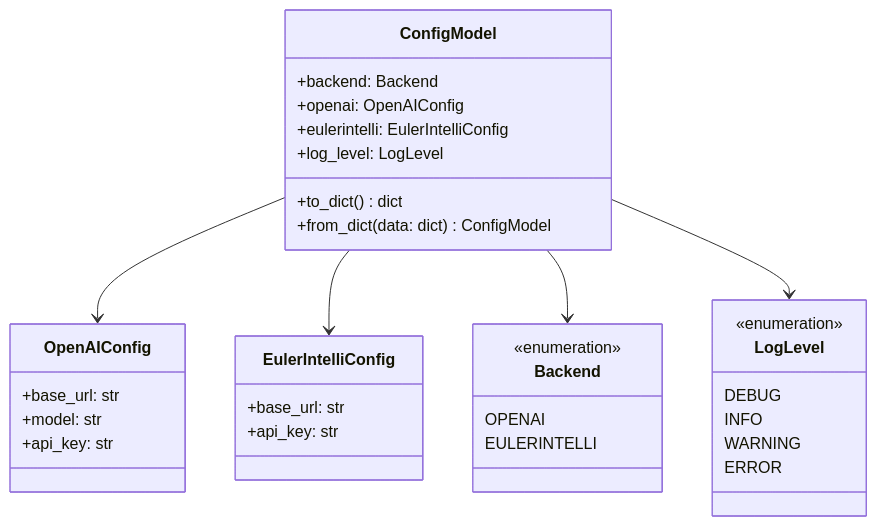
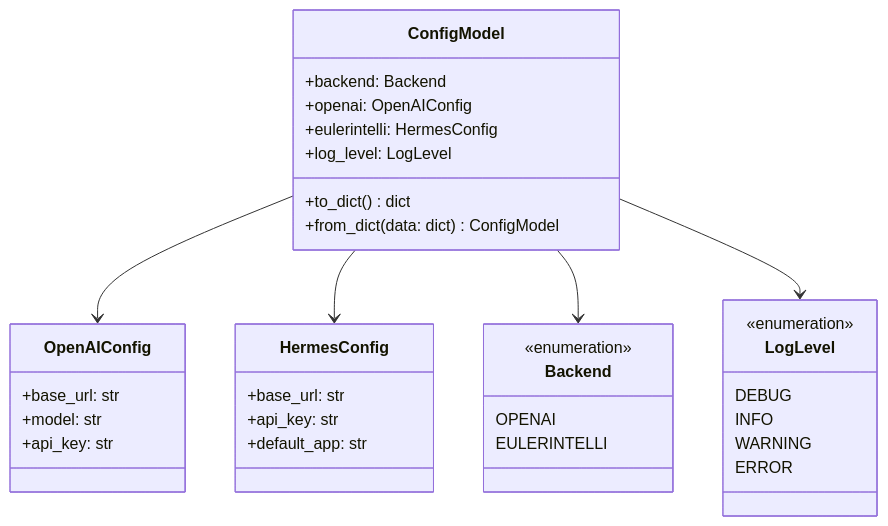
One commit to HongyuS/euler-copilot-shell changed the third of 10 diagrams in docs/development/项目整体设计.md. Above: the diagram before and after it, drawn with Mermaid. The commit also changed other lines of this file and 3 other files, not shown here.

````diff
--- a/docs/development/项目整体设计.md
+++ b/docs/development/项目整体设计.md
@@ -150,41 +156,42 @@
 ```mermaid
 classDiagram
     class ConfigModel {
         +backend: Backend
         +openai: OpenAIConfig
-        +eulerintelli: EulerIntelliConfig
+        +eulerintelli: HermesConfig
         +log_level: LogLevel
         +to_dict() dict
         +from_dict(data: dict) ConfigModel
     }
     
     class OpenAIConfig {
         +base_url: str
         +model: str
         +api_key: str
     }
     
-    class EulerIntelliConfig {
+    class HermesConfig {
         +base_url: str
         +api_key: str
+        +default_app: str
     }
     
     class Backend {
         <<enumeration>>
         OPENAI
         EULERINTELLI
     }
     
     class LogLevel {
         <<enumeration>>
         DEBUG
         INFO
         WARNING
         ERROR
     }
     
     ConfigModel --> OpenAIConfig
-    ConfigModel --> EulerIntelliConfig
+    ConfigModel --> HermesConfig
     ConfigModel --> Backend
     ConfigModel --> LogLevel
 ```
````
